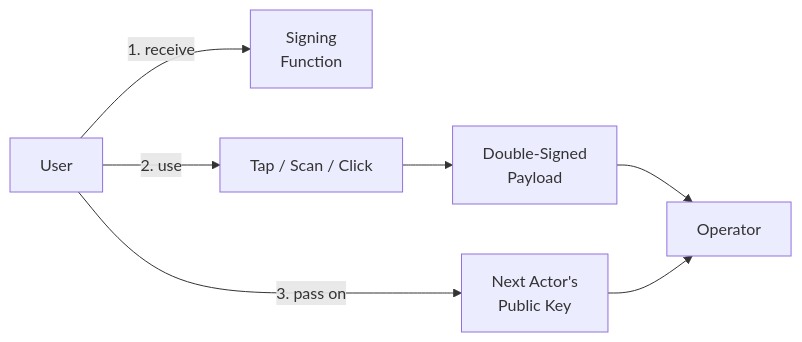
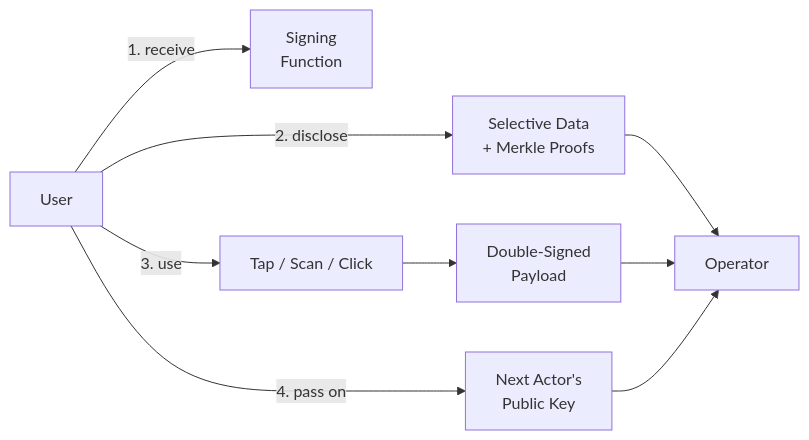
One commit to lambdasistemi/cardano-for-regulators changed the tenth of 19 diagrams in docs/framework/schema.md. Above: the diagram before and after it, drawn with Mermaid. The commit also changed other lines of this file, not shown here.

First line of the commit message:
docs: refine KYC role, user sovereignty, and data disclosure model

````diff
--- a/docs/framework/schema.md
+++ b/docs/framework/schema.md
@@ -247,9 +385,11 @@
 ```mermaid
 graph LR
     U[User] -->|1. receive| SF[Signing<br/>Function]
-    U -->|2. use| ACT[Tap / Scan / Click]
+    U -->|2. disclose| DATA[Selective Data<br/>+ Merkle Proofs]
+    U -->|3. use| ACT[Tap / Scan / Click]
     ACT --> DS[Double-Signed<br/>Payload]
-    U -->|3. pass on| NEXT[Next Actor's<br/>Public Key]
-    DS --> OP[Operator]
+    U -->|4. pass on| NEXT[Next Actor's<br/>Public Key]
+    DATA --> OP[Operator]
+    DS --> OP
     NEXT --> OP
 ```
````
